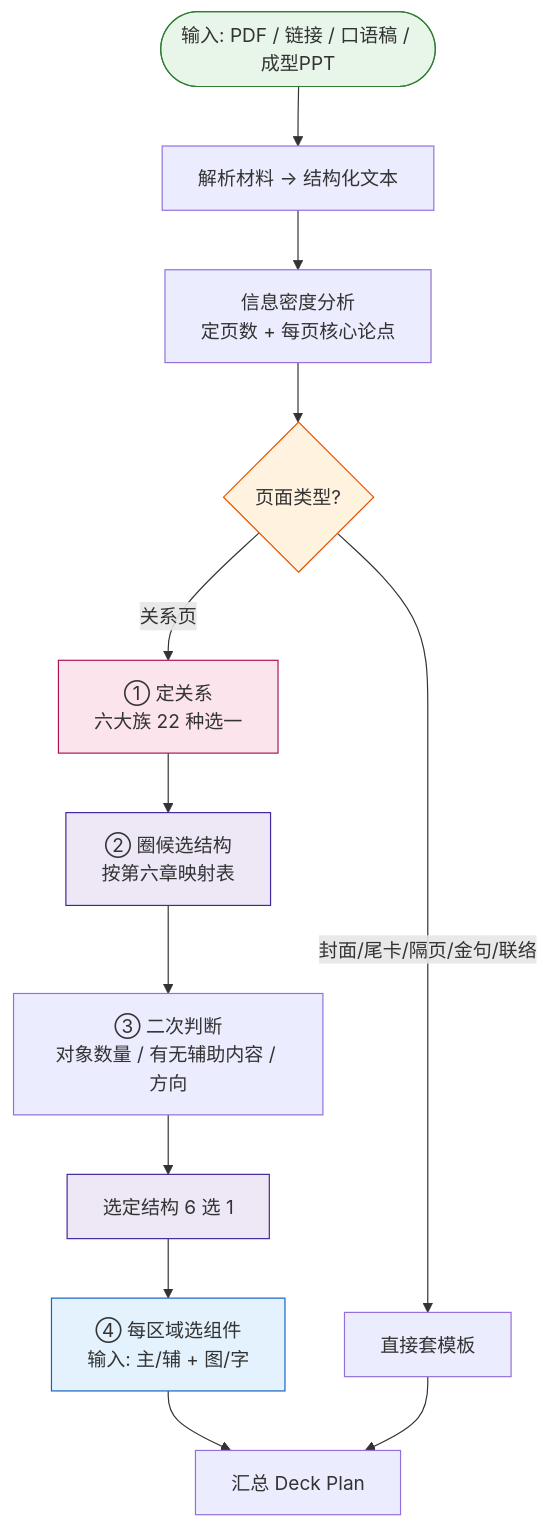
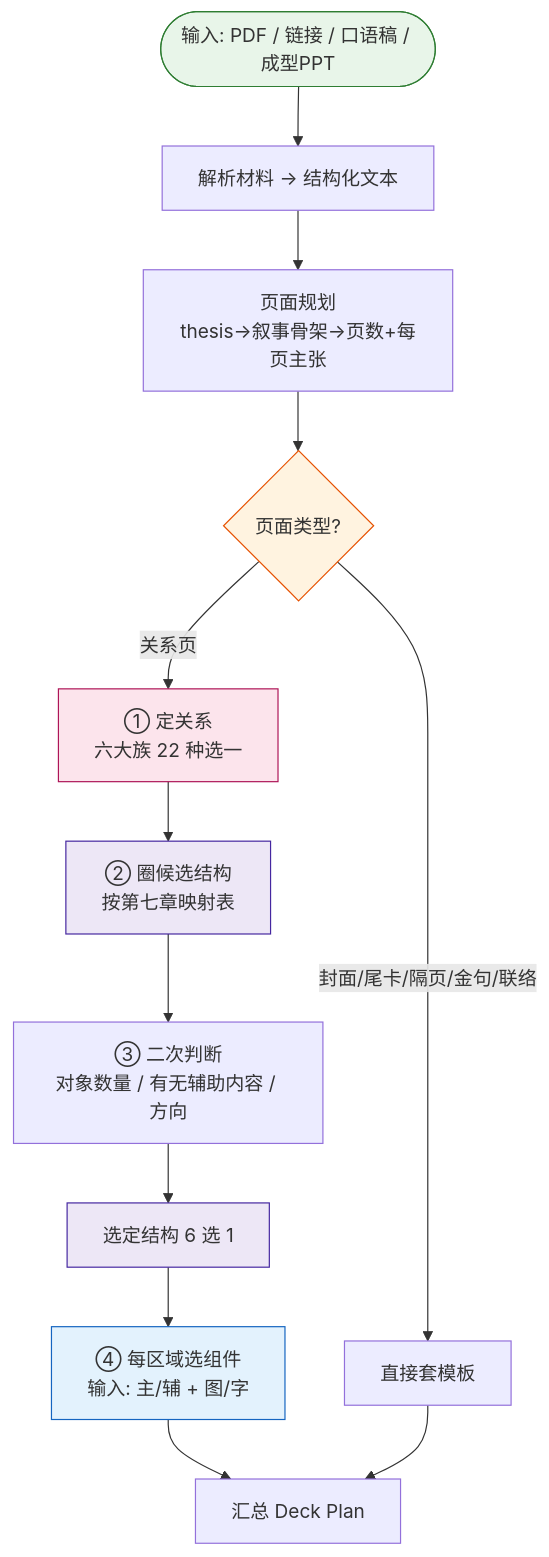
Before and after one commit to WiseWong6/wise-ppt: the diagram in skill-design.md, drawn with Mermaid. The commit also changed other lines of this file and 3 other files, not shown here.

````diff
--- a/skill-design.md
+++ b/skill-design.md
@@ -10,29 +10,29 @@
 ```mermaid
 flowchart TD
     Start([输入: PDF / 链接 / 口语稿 / 成型PPT]) --> Parse[解析材料 → 结构化文本]
 
-    Parse --> Plan[信息密度分析<br/>定页数 + 每页核心论点]
+    Parse --> Plan[页面规划<br/>thesis→叙事骨架→页数+每页主张]
 
     Plan --> PType{页面类型?}
     PType -->|"封面/尾卡/隔页/金句/联络"| Template[直接套模板]
     PType -->|关系页| Relation[① 定关系<br/>六大族 22 种选一]
 
-    Relation --> Struct[② 圈候选结构<br/>按第六章映射表]
+    Relation --> Struct[② 圈候选结构<br/>按第七章映射表]
 
     Struct --> Judge[③ 二次判断<br/>对象数量 / 有无辅助内容 / 方向]
 
     Judge --> Sel[选定结构 6 选 1]
 
     Sel --> Comp[④ 每区域选组件<br/>输入: 主/辅 + 图/字]
 
     Comp --> Deck[汇总 Deck Plan]
 
     Template --> Deck
 
     style Start fill:#e8f5e9,stroke:#2e7d32
     style PType fill:#fff3e0,stroke:#e65100
     style Relation fill:#fce4ec,stroke:#ad1457
     style Struct fill:#ede7f6,stroke:#4527a0
     style Sel fill:#ede7f6,stroke:#4527a0
     style Comp fill:#e3f2fd,stroke:#1565c0
 ```
````
